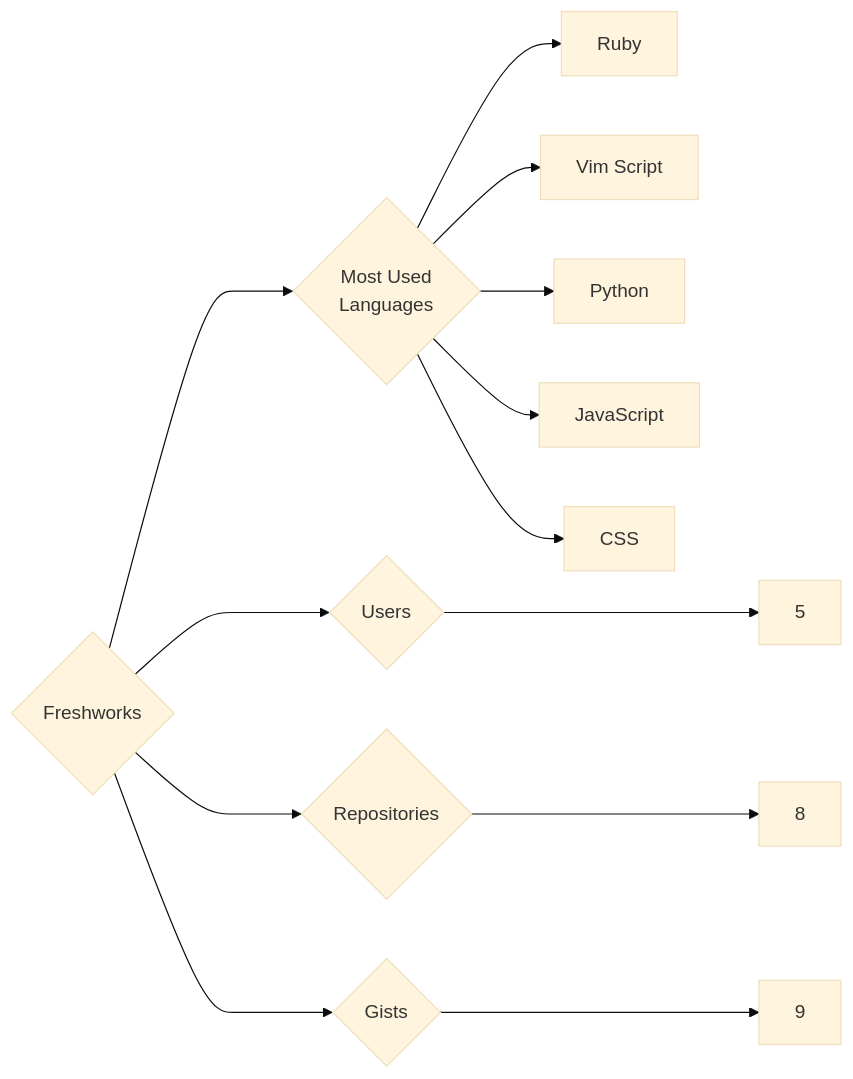
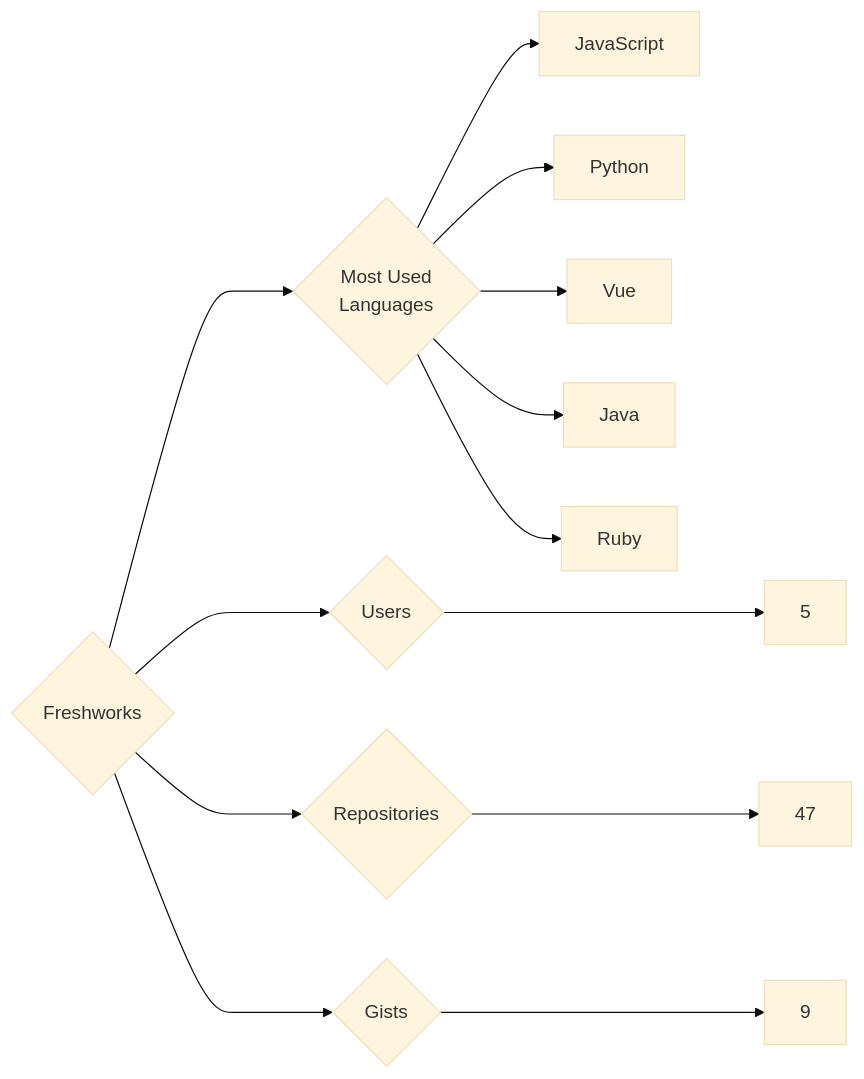
Before and after one commit to trickest/insiders: the diagram in targets/Freshworks/README.md, drawn with Mermaid (base theme). The commit also changed 1088 other files, not shown here.

````diff
--- a/targets/Freshworks/README.md
+++ b/targets/Freshworks/README.md
@@ -3,13 +3,13 @@
 ```mermaid
 graph LR
 COMPANY_NAME{Freshworks}
 COMPANY_NAME ---> U{Users} ---> UN[5]
-COMPANY_NAME ---> R{Repositories} ---> RN[8]
+COMPANY_NAME ---> R{Repositories} ---> RN[47]
 COMPANY_NAME ---> G{Gists} ---> GN[9]
 COMPANY_NAME ---> ML{Most Used<br>Languages}
+ML --> JavaScript[JavaScript]
+ML --> Python[Python]
+ML --> Vue[Vue]
+ML --> Java[Java]
 ML --> Ruby[Ruby]
-ML --> Vim_Script[Vim Script]
-ML --> Python[Python]
-ML --> JavaScript[JavaScript]
-ML --> CSS[CSS]
 ```
````
